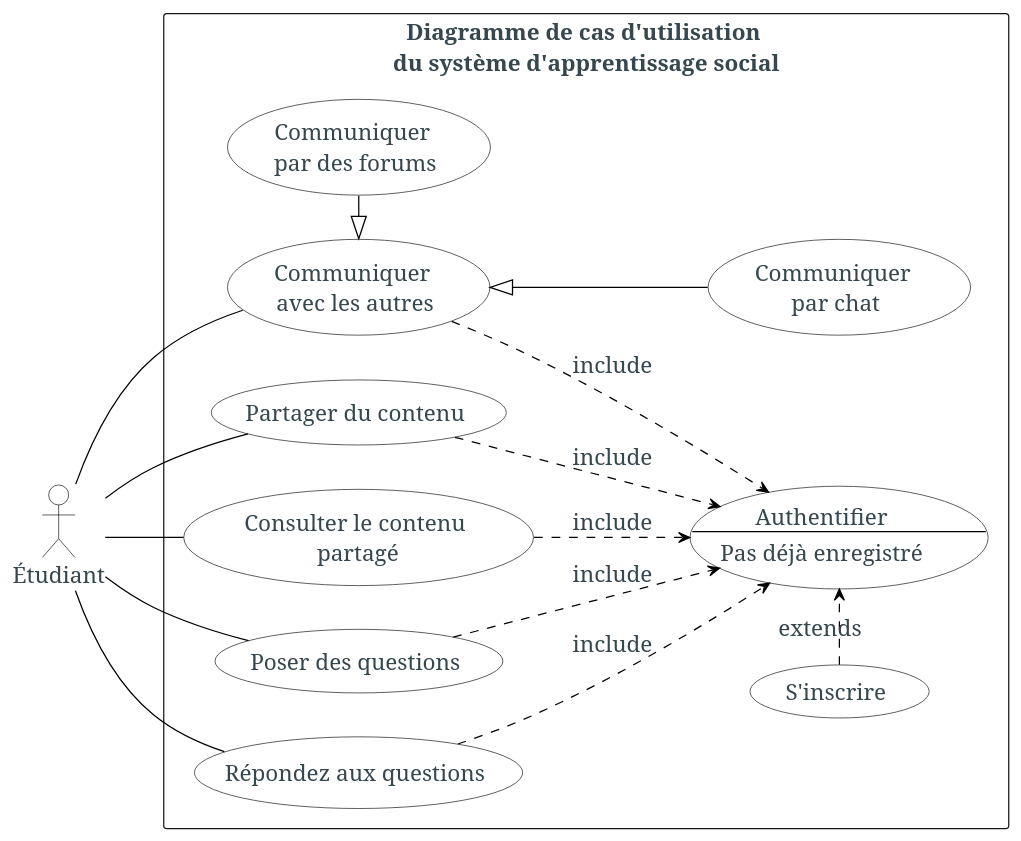
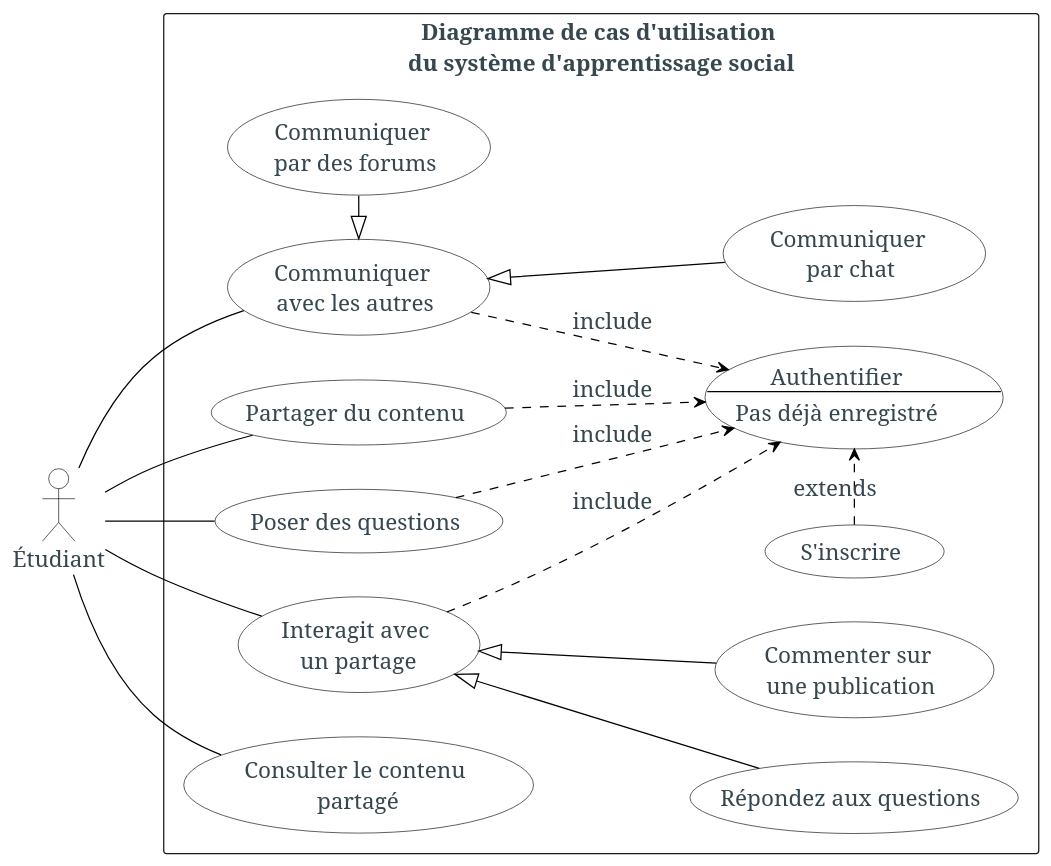
The diagram in diagrammes/src/usecase.puml (assimhabeek/memoire), drawn with PlantUML before and after one commit. The commit also changed 3 other files, not shown here.

```diff
--- a/diagrammes/src/usecase.puml
+++ b/diagrammes/src/usecase.puml
@@ -1,50 +1,53 @@
 @startuml
 left to right direction
 skinparam backgroundColor #fff
 skinparam defaultFontColor #37474f
 skinparam defaultFontSize 18
 skinparam defaultFontName serif
 skinparam defaultFontStyle normal
 skinparam usecaseBackgroundColor #fff
 skinparam usecaseBorderColor #000
 skinparam usecaseArrowColor #000
 skinparam usecaseActorBorderColor black
 skinparam actorBackgroundColor #fff
 skinparam actorBorderColor #000
 
 
 
 actor Étudiant as student
 rectangle "Diagramme de cas d'utilisation \ndu système d'apprentissage social"{
 
 usecase shareContent as "Partager du contenu"
-usecase consultContent as "Consulter le contenu\n partagé"
 usecase login as "Authentifier
                  --
                  Pas déjà enregistré"
 usecase  register as "S'inscrire"
 
 usecase  askQuestion as "Poser des questions"
 usecase  answerQuestion as "Répondez aux questions"
+usecase  comment as "Commenter sur \nune publication"
 usecase  communicate  as "Communiquer \navec les autres"
 usecase  chat as "Communiquer \npar chat"
 usecase  forums as "Communiquer \npar des forums"
+usecase  interact as "Interagit avec\n un partage"
+usecase  consultContent as "Consulter le contenu\n partagé"
 
 register  .> login  : extends
 shareContent ..> login : include
-consultContent ..> login : include
 askQuestion ..> login : include
-answerQuestion ..> login : include
+interact ..> login : include
 communicate ..> login : include
 
 communicate <|-- chat
 communicate <|- forums
+interact <|-- answerQuestion
+interact <|-- comment
 
+student -- consultContent
 student -- shareContent
-student -- consultContent
 student -- askQuestion
-student -- answerQuestion
+student -- interact
 student -- communicate
 
 }
 @enduml
```
